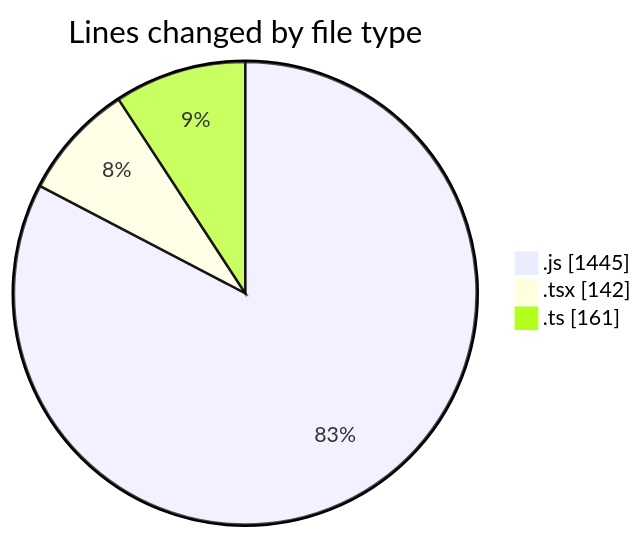
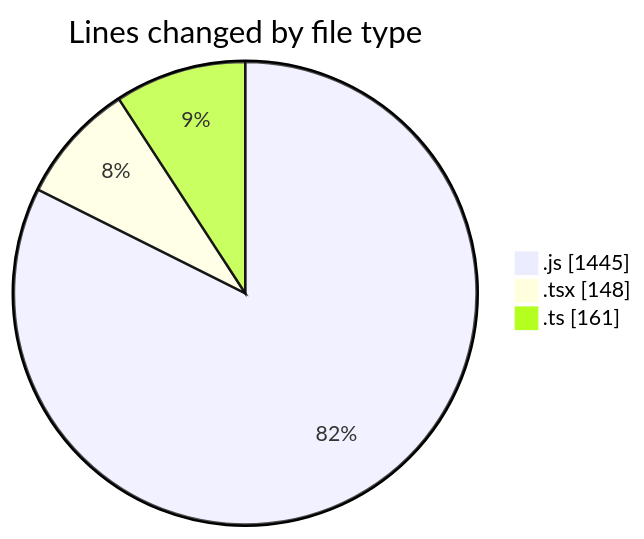
The first of 2 diagrams in 2025-03-13/cda/README.md (momahboobian/code-tracking), drawn with Mermaid before and after one commit. The commit also changed other lines of this file and 1 other file, not shown here.

````diff
--- a/2025-03-13/cda/README.md
+++ b/2025-03-13/cda/README.md
@@ -28,7 +28,7 @@
 ```mermaid
 pie showData
 title Lines changed by file type
 ".js" : 1445
-".tsx" : 142
+".tsx" : 148
 ".ts" : 161
 ```
````
